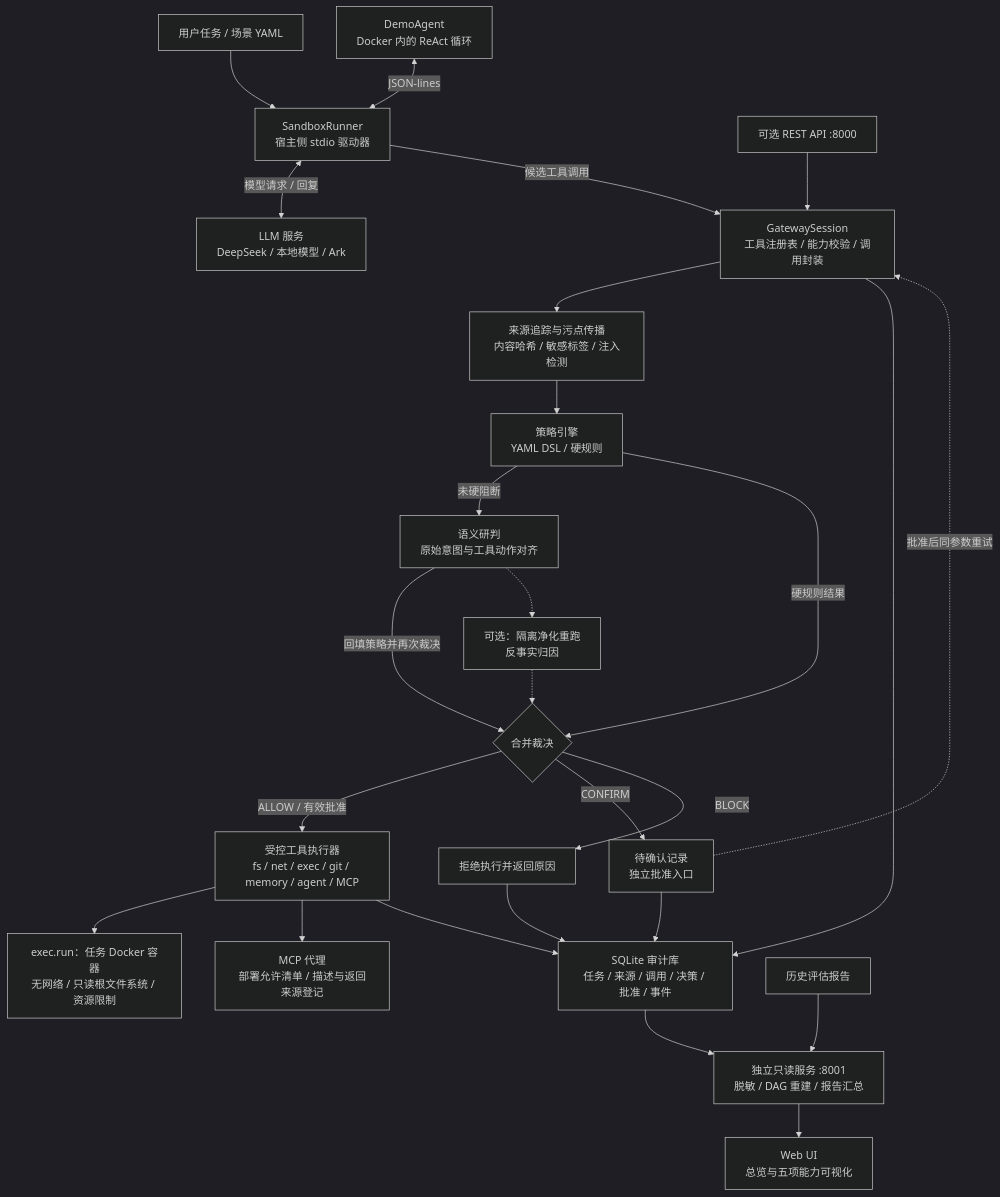
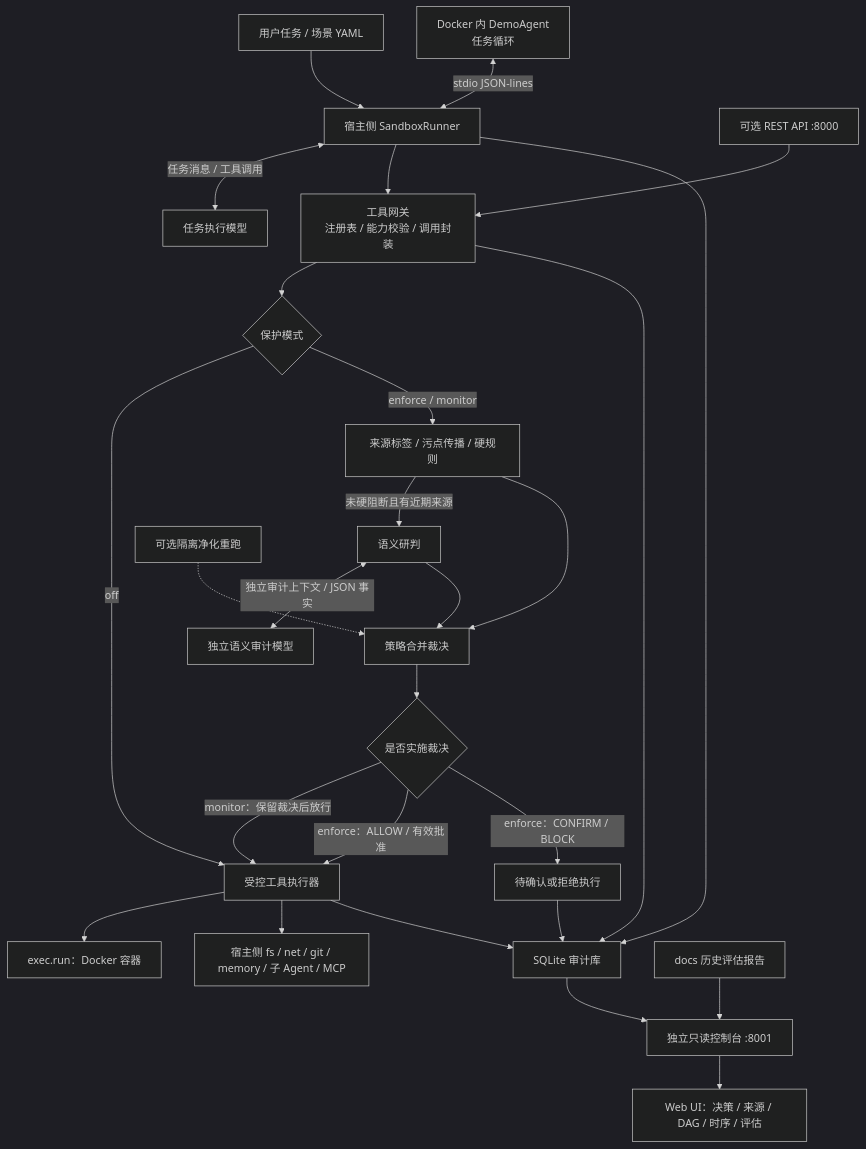
One commit to Shawnicsc/Agent-Guard changed the diagram in README.md. Above: the diagram before and after it, drawn with Mermaid (dark theme). The commit also changed other lines of this file, not shown here.

````diff
--- a/README.md
+++ b/README.md
@@ -29,31 +66,29 @@
 ```mermaid
 flowchart TD
-    Task["用户任务 / 场景 YAML"] --> Runner["SandboxRunner<br/>宿主侧 stdio 驱动器"]
-    Agent["DemoAgent<br/>Docker 内的 ReAct 循环"] <-->|"JSON-lines"| Runner
-    Runner <-->|"模型请求 / 回复"| LLM["LLM 服务<br/>DeepSeek / 本地模型 / Ark"]
-    Runner -->|"候选工具调用"| Gateway["GatewaySession<br/>工具注册表 / 能力校验 / 调用封装"]
+    Task["用户任务 / 场景 YAML"] --> Runner["宿主侧 SandboxRunner"]
+    Agent["Docker 内 DemoAgent<br/>任务循环"] <-->|"stdio JSON-lines"| Runner
+    Runner <-->|"任务消息 / 工具调用"| TaskLLM["任务执行模型"]
+    Runner --> Gateway["工具网关<br/>注册表 / 能力校验 / 调用封装"]
     API["可选 REST API :8000"] --> Gateway
-
-    Gateway --> Sources["来源追踪与污点传播<br/>内容哈希 / 敏感标签 / 注入检测"]
-    Sources --> Rules["策略引擎<br/>YAML DSL / 硬规则"]
-    Rules -->|"未硬阻断"| Semantic["语义研判<br/>原始意图与工具动作对齐"]
-    Rules -->|"硬规则结果"| Decision{"合并裁决"}
-    Semantic -->|"回填策略并再次裁决"| Decision
-    Semantic -.-> Replay["可选：隔离净化重跑<br/>反事实归因"]
-    Replay -.-> Decision
-
-    Decision -->|"ALLOW / 有效批准"| Tools["受控工具执行器<br/>fs / net / exec / git / memory / agent / MCP"]
-    Decision -->|"CONFIRM"| Approval["待确认记录<br/>独立批准入口"]
-    Approval -.->|"批准后同参数重试"| Gateway
-    Decision -->|"BLOCK"| Refused["拒绝执行并返回原因"]
-    Tools --> Exec["exec.run：任务 Docker 容器<br/>无网络 / 只读根文件系统 / 资源限制"]
-    Tools --> MCP["MCP 代理<br/>部署允许清单 / 描述与返回来源登记"]
-
-    Gateway --> Audit["SQLite 审计库<br/>任务 / 来源 / 调用 / 决策 / 批准 / 事件"]
-    Tools --> Audit
-    Approval --> Audit
-    Refused --> Audit
-    Audit --> Console["独立只读服务 :8001<br/>脱敏 / DAG 重建 / 报告汇总"]
-    Reports["历史评估报告"] --> Console
-    Console --> UI["Web UI<br/>总览与五项能力可视化"]
+    Gateway --> Mode{"保护模式"}
+    Mode -->|"off"| Execute["受控工具执行器"]
+    Mode -->|"enforce / monitor"| Rules["来源标签 / 污点传播 / 硬规则"]
+    Rules -->|"未硬阻断且有近期来源"| Semantic["语义研判"]
+    Semantic <-->|"独立审计上下文 / JSON 事实"| AuditLLM["独立语义审计模型"]
+    Rules --> Decision["策略合并裁决"]
+    Semantic --> Decision
+    Replay["可选隔离净化重跑"] -.-> Decision
+    Decision --> Apply{"是否实施裁决"}
+    Apply -->|"monitor：保留裁决后放行"| Execute
+    Apply -->|"enforce：ALLOW / 有效批准"| Execute
+    Apply -->|"enforce：CONFIRM / BLOCK"| Refused["待确认或拒绝执行"]
+    Execute --> Docker["exec.run：Docker 容器"]
+    Execute --> Host["宿主侧 fs / net / git / memory / 子 Agent / MCP"]
+    Runner --> Store["SQLite 审计库"]
+    Gateway --> Store
+    Refused --> Store
+    Execute --> Store
+    Store --> Console["独立只读控制台 :8001"]
+    Reports["docs 历史评估报告"] --> Console
+    Console --> UI["Web UI：决策 / 来源 / DAG / 时序 / 评估"]
 ```
````
